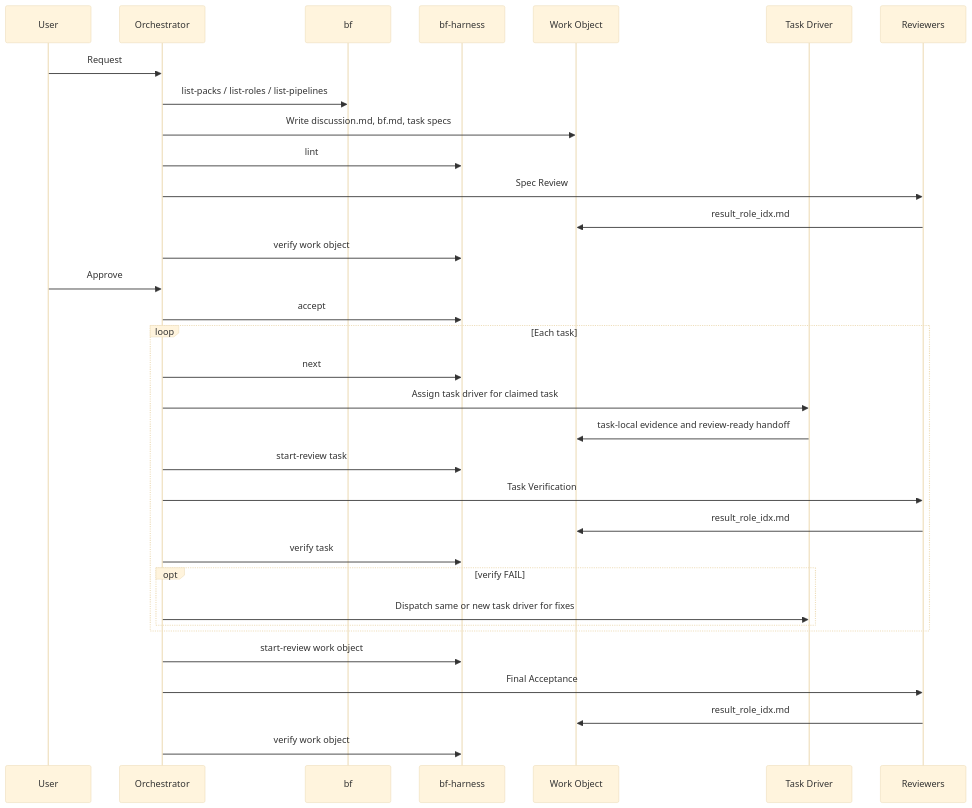
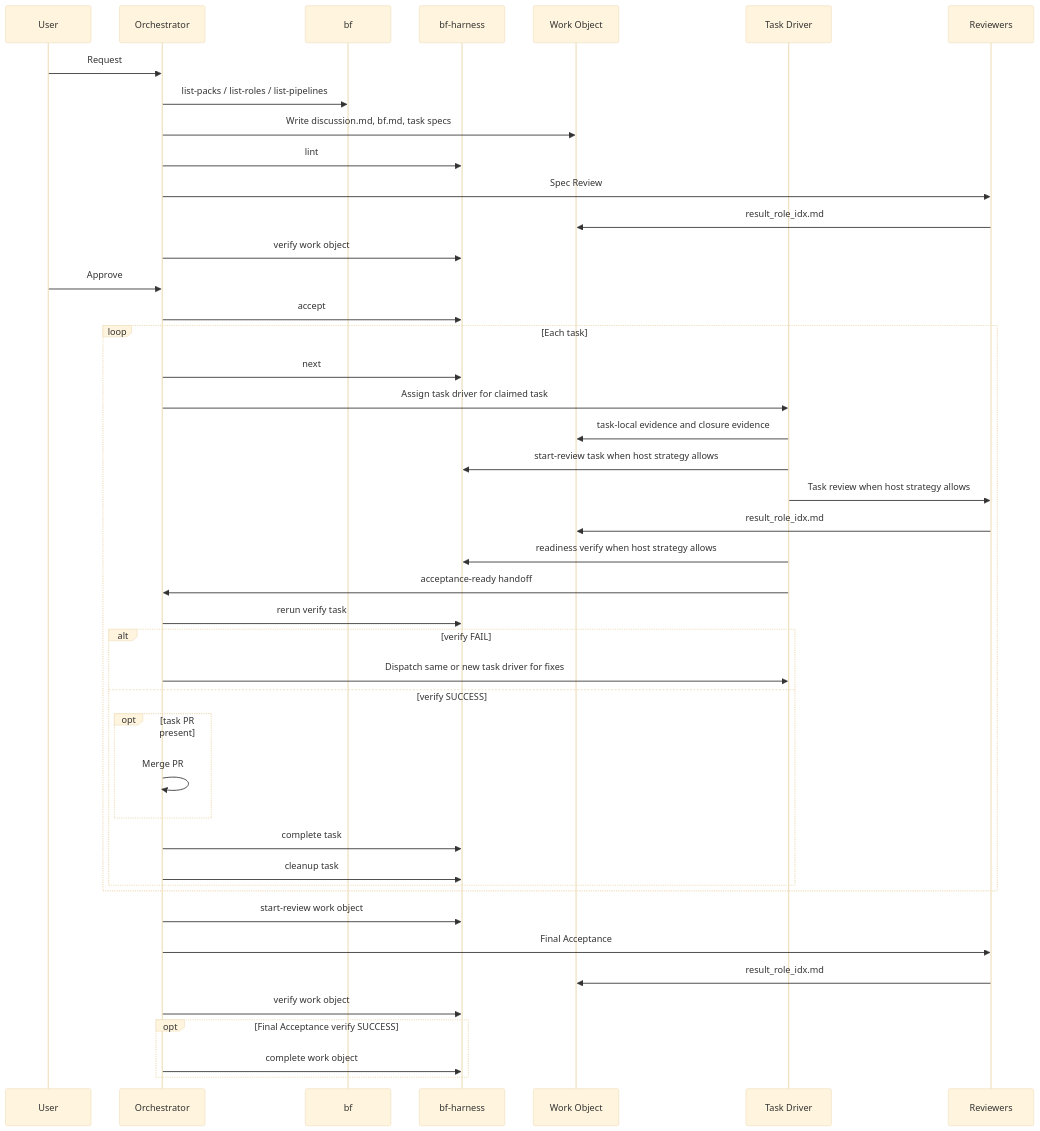
Before and after one commit to codetreker/blueprintflow: the second of 2 diagrams in docs/architecture.md, drawn with Mermaid (base theme). The commit also changed other lines of this file and 48 other files, not shown here.

````diff
--- a/docs/architecture.md
+++ b/docs/architecture.md
@@ -79,36 +79,47 @@
 ```mermaid
 sequenceDiagram
   participant U as User
   participant O as Orchestrator
   participant B as bf
   participant H as bf-harness
   participant W as Work Object
   participant D as Task Driver
   participant R as Reviewers
 
   U->>O: Request
   O->>B: list-packs / list-roles / list-pipelines
   O->>W: Write discussion.md, bf.md, task specs
   O->>H: lint
   O->>R: Spec Review
   R->>W: result_role_idx.md
   O->>H: verify work object
   U->>O: Approve
   O->>H: accept
   loop Each task
     O->>H: next
     O->>D: Assign task driver for claimed task
-    D->>W: task-local evidence and review-ready handoff
-    O->>H: start-review task
-    O->>R: Task Verification
+    D->>W: task-local evidence and closure evidence
+    D->>H: start-review task when host strategy allows
+    D->>R: Task review when host strategy allows
     R->>W: result_role_idx.md
-    O->>H: verify task
-    opt verify FAIL
+    D->>H: readiness verify when host strategy allows
+    D->>O: acceptance-ready handoff
+    O->>H: rerun verify task
+    alt verify FAIL
       O->>D: Dispatch same or new task driver for fixes
+    else verify SUCCESS
+      opt task PR present
+        O->>O: Merge PR
+      end
+      O->>H: complete task
+      O->>H: cleanup task
     end
   end
   O->>H: start-review work object
   O->>R: Final Acceptance
   R->>W: result_role_idx.md
   O->>H: verify work object
+  opt Final Acceptance verify SUCCESS
+    O->>H: complete work object
+  end
 ```
````
